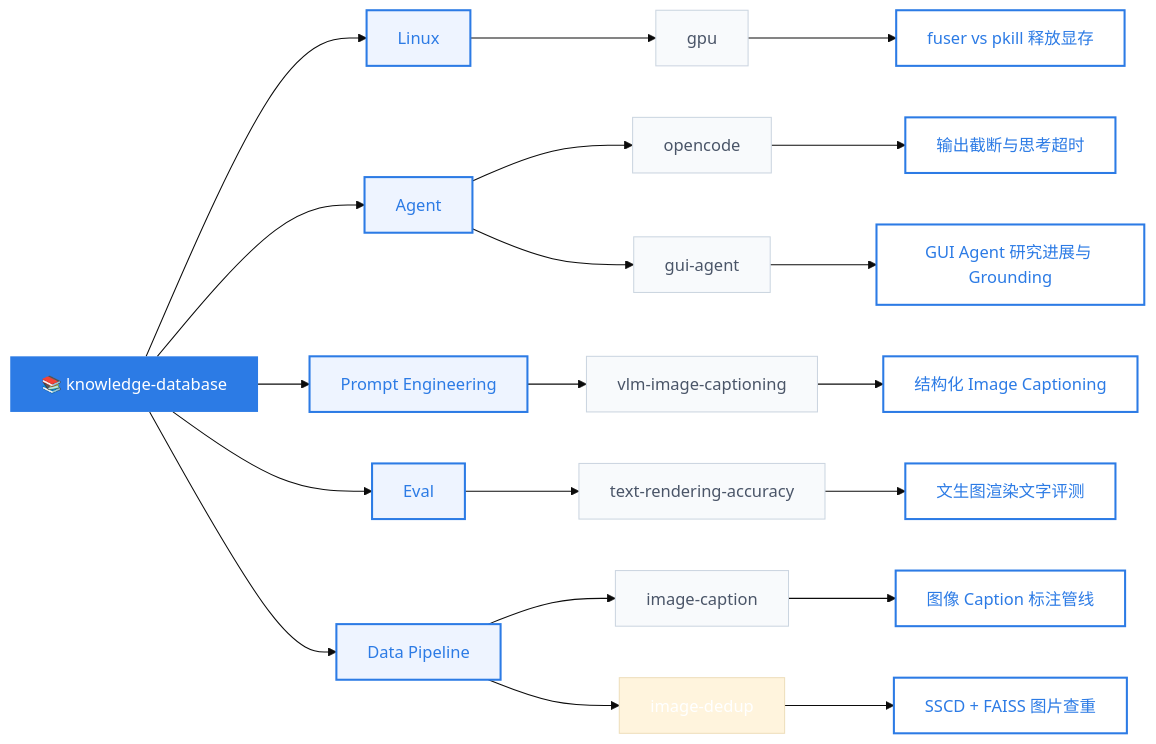
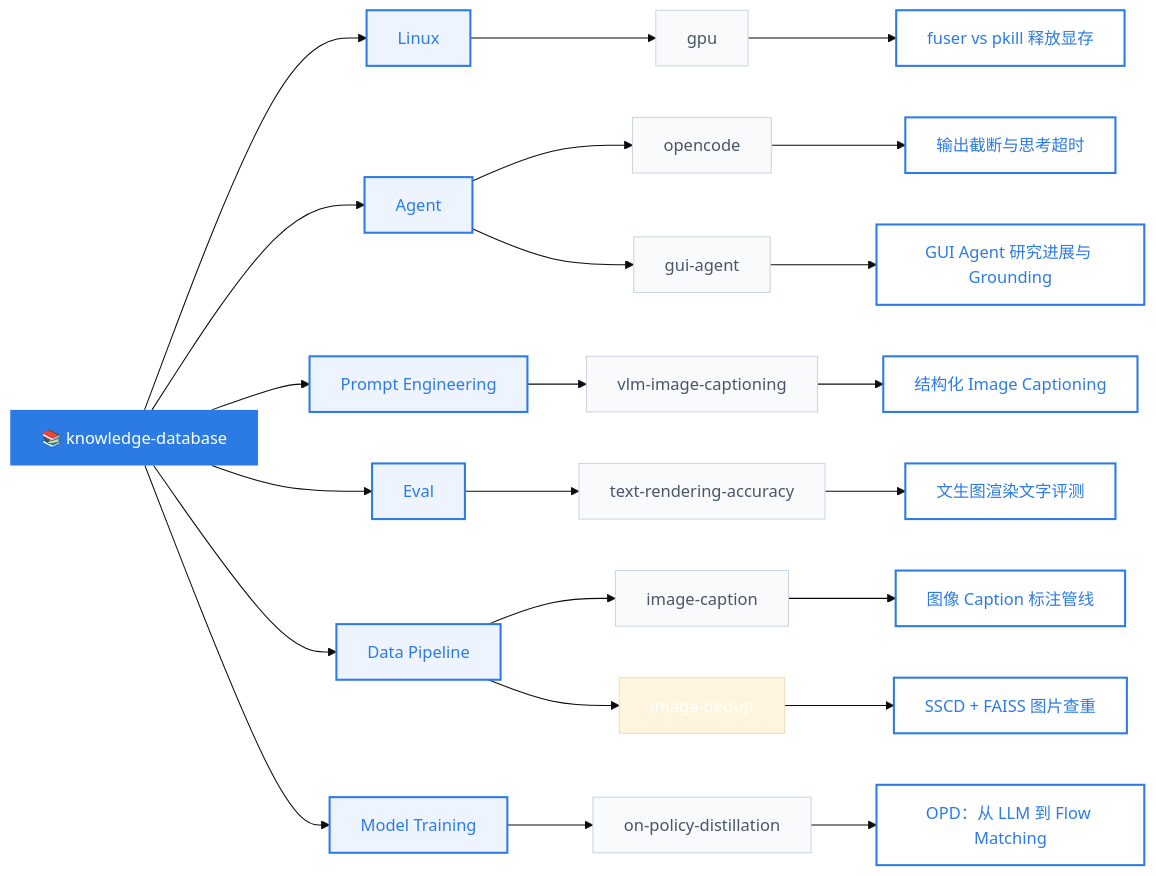
Before and after one commit to caseclose/knowledge-database: the diagram in README.md, drawn with Mermaid (base theme). The commit also changed other lines of this file and 2 other files, not shown here.

Commit message:
add: OPD 在策略蒸馏论文脉络

````diff
--- a/README.md
+++ b/README.md
@@ -11,46 +11,51 @@
 ```mermaid
 graph LR
     KB["📚 knowledge-database"] --> Linux["Linux"]
     KB --> Agent["Agent"]
     KB --> PE["Prompt Engineering"]
     KB --> Eval["Eval"]
     KB --> DP["Data Pipeline"]
+    KB --> MT["Model Training"]
 
     Linux --> GPU["gpu"]
     GPU --> K1["fuser vs pkill 释放显存"]
 
     Agent --> OC["opencode"]
     Agent --> GUI["gui-agent"]
     OC --> K2["输出截断与思考超时"]
     GUI --> K7["GUI Agent 研究进展与 Grounding"]
 
     PE --> PE1["vlm-image-captioning"]
     PE1 --> K3["结构化 Image Captioning"]
 
     Eval --> EV1["text-rendering-accuracy"]
     EV1 --> K4["文生图渲染文字评测"]
 
     DP --> DP1["image-caption"]
     DP1 --> K5["图像 Caption 标注管线"]
 
     DP --> DP2["image-dedup"]
     DP2 --> K6["SSCD + FAISS 图片查重"]
 
+    MT --> OPD["on-policy-distillation"]
+    OPD --> K8["OPD：从 LLM 到 Flow Matching"]
+
     classDef root fill:#2c7be5,color:#fff,stroke:none
     classDef category fill:#eef4ff,color:#2c7be5,stroke:#2c7be5,stroke-width:2px
     classDef sub fill:#f8fafc,color:#4a5568,stroke:#cbd5e0,stroke-width:1px
     classDef knowledge fill:#fff,color:#2c7be5,stroke:#2c7be5,stroke-width:2px
 
     class KB root
-    class Linux,Agent,PE,Eval,DP category
-    class GPU,OC,GUI,PE1,EV1,DP1 sub
-    class K1,K2,K3,K4,K5,K6,K7 knowledge
+    class Linux,Agent,PE,Eval,DP,MT category
+    class GPU,OC,GUI,PE1,EV1,DP1,OPD sub
+    class K1,K2,K3,K4,K5,K6,K7,K8 knowledge
 
     click K1 href "#/linux/gpu/fuser-vs-pkill-release-gpu-memory"
     click K2 href "#/agent/opencode/output-truncation-and-thinking-timeout"
     click K3 href "#/prompt-engineering/vlm-image-captioning/structured-image-captioning"
     click K4 href "#/eval/text-rendering-accuracy/text-to-image-render-text-eval"
     click K5 href "#/data-pipeline/image-caption/image-caption-annotation-pipeline"
     click K6 href "#/data-pipeline/image-dedup/sscd-faiss-image-deduplication"
     click K7 href "#/agent/gui-agent/gui-agent-research-progress-and-grounding"
+    click K8 href "#/model-training/on-policy-distillation/opd-from-llm-to-flow-matching"
 ```
````
